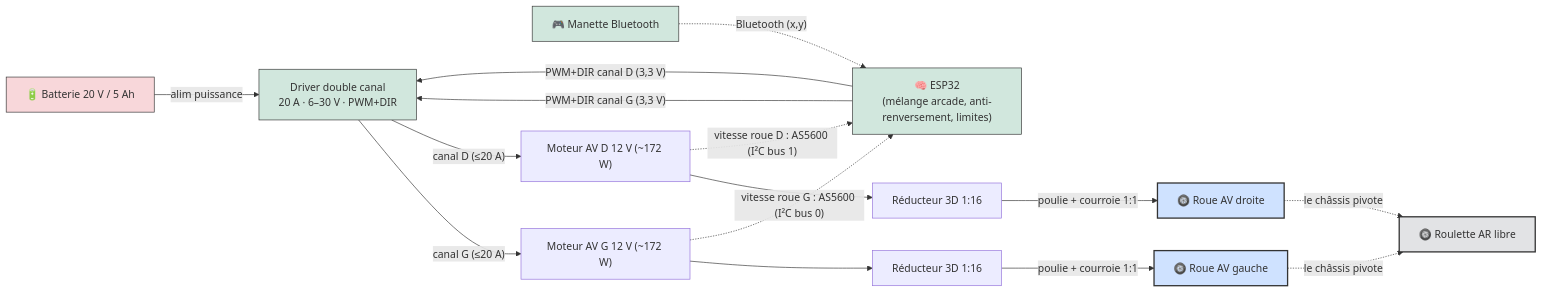
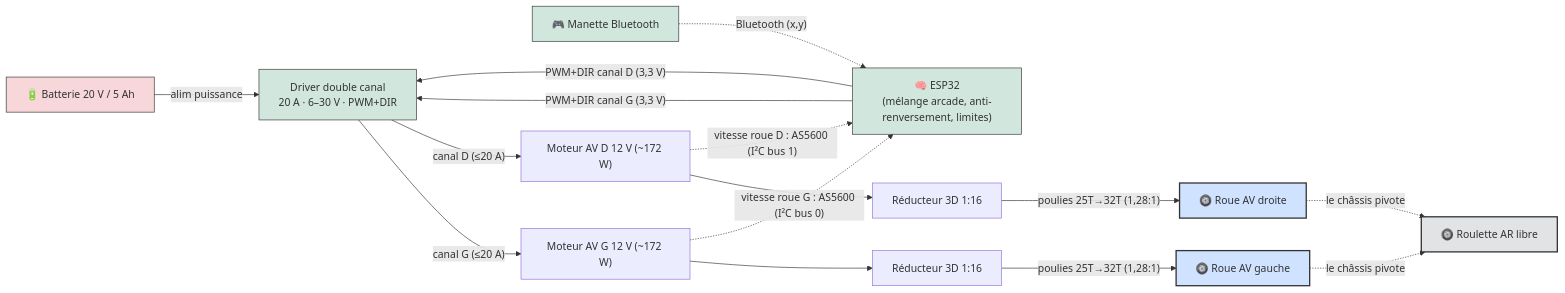
Before and after one commit to pinkymaxou/powered-soapbox-car: the fifth of 10 diagrams in README.md, drawn with Mermaid. The commit also changed other lines of this file and 12 other files, not shown here.

````diff
--- a/README.md
+++ b/README.md
@@ -301,34 +301,34 @@
 ```mermaid
 flowchart LR
     BATT["🔋 Batterie 20 V / 5 Ah"]
     PAD["🎮 Manette Bluetooth"]
     ESP["🧠 ESP32<br/>(mélange arcade, anti-renversement, limites)"]
     DRV["Driver double canal<br/>20 A · 6–30 V · PWM+DIR"]
     M1["Moteur AV G 12 V (~172 W)"]
     M2["Moteur AV D 12 V (~172 W)"]
     G1["Réducteur 3D 1:16"]
     G2["Réducteur 3D 1:16"]
     R1["🛞 Roue AV gauche"]
     R2["🛞 Roue AV droite"]
     CAS["🛞 Roulette AR libre"]
 
     BATT -- "alim puissance" --> DRV
     PAD -. "Bluetooth (x,y)" .-> ESP
     ESP -- "PWM+DIR canal G (3,3 V)" --> DRV
     ESP -- "PWM+DIR canal D (3,3 V)" --> DRV
-    DRV -- "canal G (≤20 A)" --> M1 --> G1 -- "poulie + courroie 1:1" --> R1
-    DRV -- "canal D (≤20 A)" --> M2 --> G2 -- "poulie + courroie 1:1" --> R2
+    DRV -- "canal G (≤20 A)" --> M1 --> G1 -- "poulies 25T→32T (1,28:1)" --> R1
+    DRV -- "canal D (≤20 A)" --> M2 --> G2 -- "poulies 25T→32T (1,28:1)" --> R2
     M1 -. "vitesse roue G : AS5600 (I²C bus 0)" .-> ESP
     M2 -. "vitesse roue D : AS5600 (I²C bus 1)" .-> ESP
     R1 -. "le châssis pivote" .-> CAS
     R2 -. "le châssis pivote" .-> CAS
 
     classDef pwr fill:#f8d7da,stroke:#333;
     classDef ctrl fill:#d1e7dd,stroke:#333;
     classDef wheel fill:#cfe2ff,stroke:#333,stroke-width:2px;
     classDef caster fill:#e2e3e5,stroke:#333,stroke-width:2px;
     class BATT pwr;
     class ESP,DRV,PAD ctrl;
     class R1,R2 wheel;
     class CAS caster;
 ```
````
